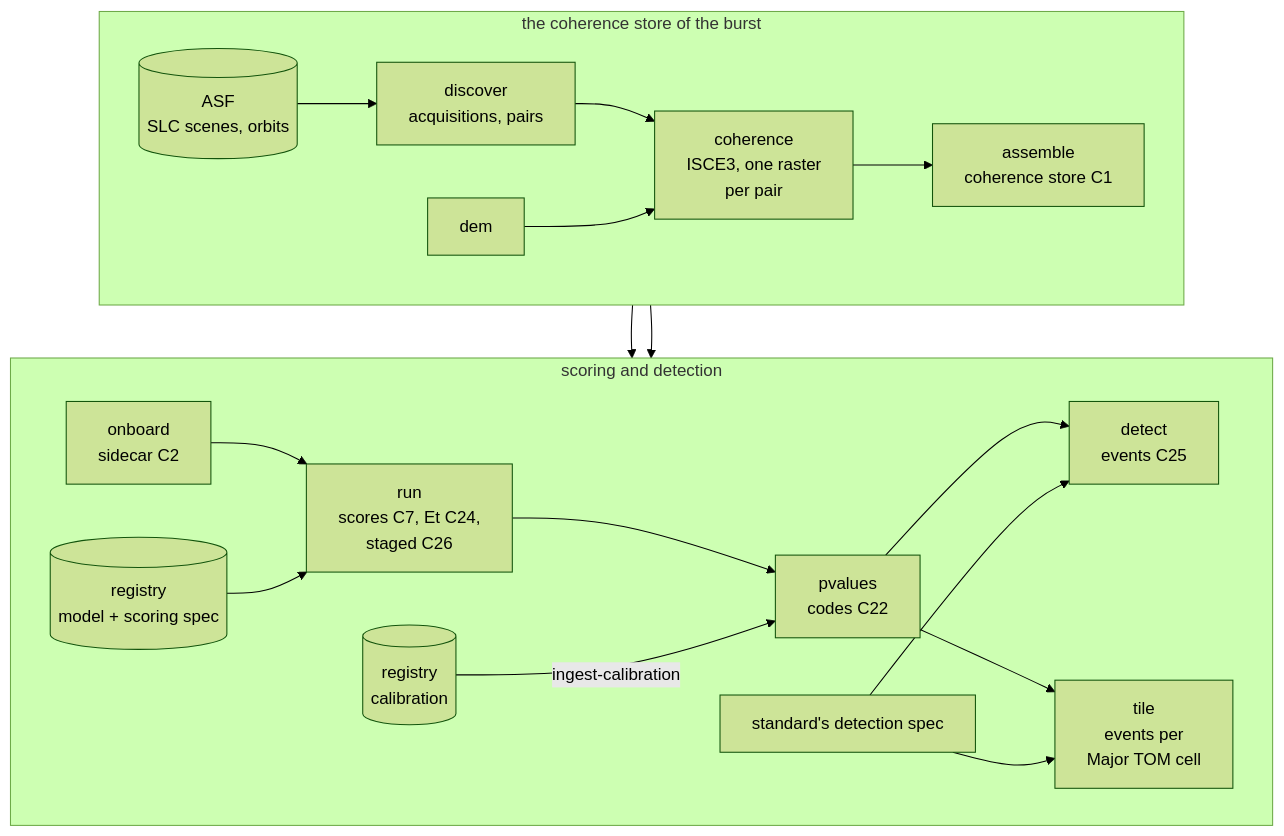
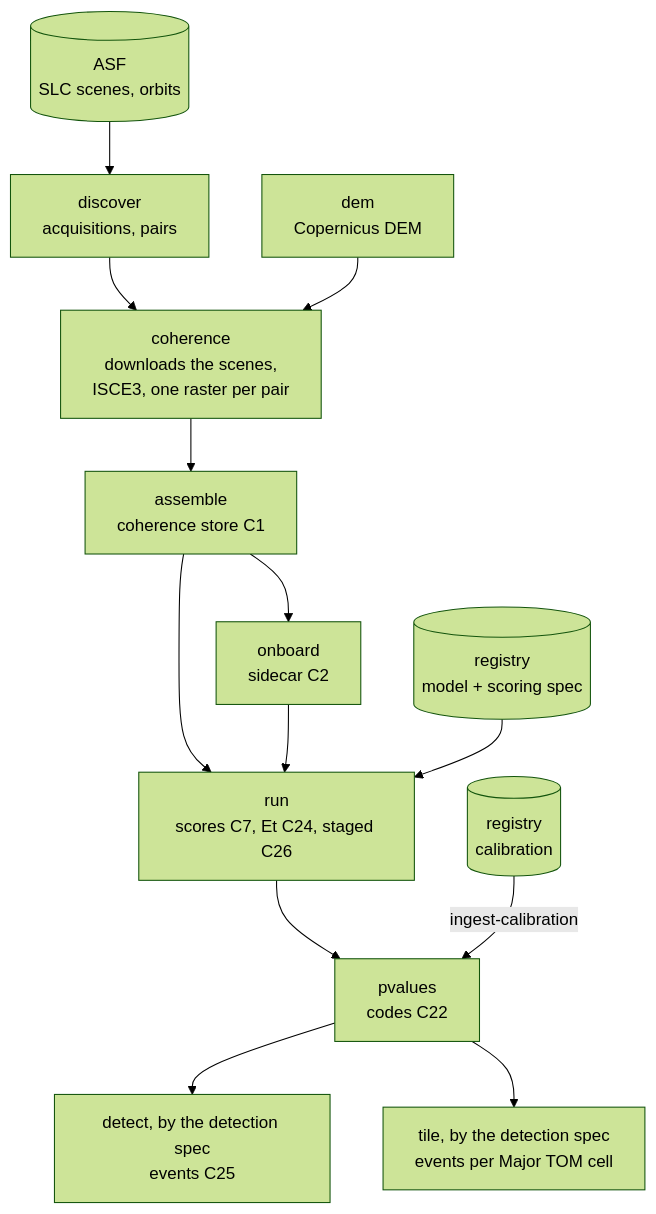
Before and after one commit to conflict-ecology/ponzi-suite: the second of 5 diagrams in docs/method/workflows.md, drawn with Mermaid (forest theme). The commit also changed other lines of this file and 77 other files, not shown here.

````diff
--- a/docs/method/workflows.md
+++ b/docs/method/workflows.md
@@ -135,23 +132,15 @@
 ```mermaid
 flowchart TB
-  subgraph make["the coherence store of the burst"]
-    direction LR
-    asf[("ASF<br/>SLC scenes, orbits")] --> discover["discover<br/>acquisitions, pairs"]
-    discover --> coherence["coherence<br/>ISCE3, one raster<br/>per pair"]
-    dem["dem"] --> coherence
-    coherence --> assemble["assemble<br/>coherence store C1"]
-  end
-  subgraph score["scoring and detection"]
-    direction LR
-    onboard["onboard<br/>sidecar C2"] --> run["run<br/>scores C7, Et C24,<br/>staged C26"]
-    model[("registry<br/>model + scoring spec")] --> run
-    run --> pvalues["pvalues<br/>codes C22"]
-    cal[("registry<br/>calibration")] -- "ingest-calibration" --> pvalues
-    pvalues --> detect["detect<br/>events C25"]
-    pvalues --> tile["tile<br/>events per<br/>Major TOM cell"]
-    detection["standard's detection spec"] --> detect
-    detection --> tile
-  end
-  assemble --> onboard
-  assemble --> run
+  asf[("ASF<br/>SLC scenes, orbits")] --> discover["discover<br/>acquisitions, pairs"]
+  discover --> coherence["coherence<br/>downloads the scenes,<br/>ISCE3, one raster per pair"]
+  dem["dem<br/>Copernicus DEM"] --> coherence
+  coherence --> assemble["assemble<br/>coherence store C1"]
+  assemble --> onboard["onboard<br/>sidecar C2"]
+  assemble --> run["run<br/>scores C7, Et C24, staged C26"]
+  onboard --> run
+  model[("registry<br/>model + scoring spec")] --> run
+  run --> pvalues["pvalues<br/>codes C22"]
+  cal[("registry<br/>calibration")] -- "ingest-calibration" --> pvalues
+  pvalues --> detect["detect, by the detection spec<br/>events C25"]
+  pvalues --> tile["tile, by the detection spec<br/>events per Major TOM cell"]
 ```
````
